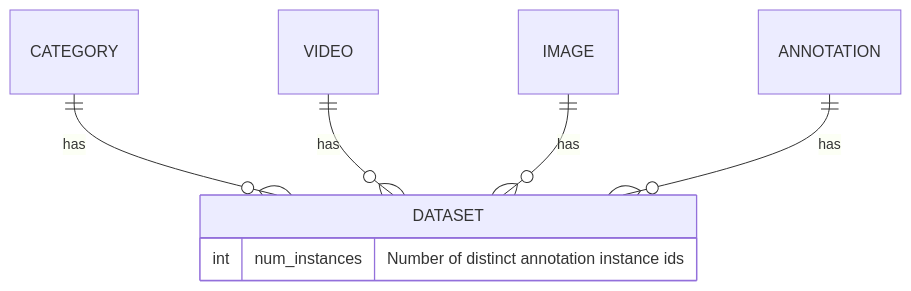
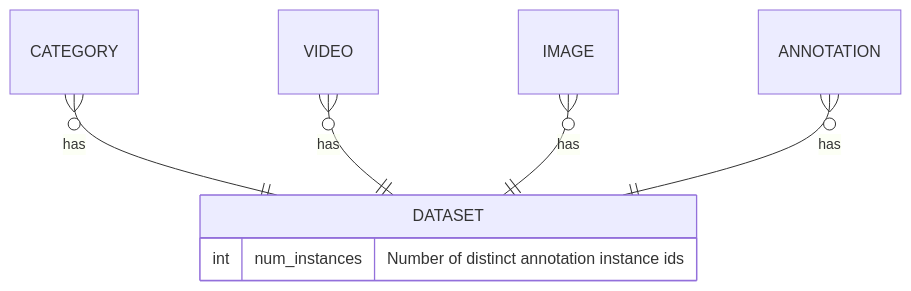
The first of 5 diagrams in docs/Datasets/1-MMDetection Tracking.md (TNodeCode/SpineUI), drawn with Mermaid before and after one commit.

Commit message:
Added dataset annotation description to documentation

````diff
--- a/docs/Datasets/1-MMDetection Tracking.md
+++ b/docs/Datasets/1-MMDetection Tracking.md
@@ -61,10 +61,10 @@
 ```mermaid
 erDiagram
     DATASET {
         int num_instances "Number of distinct annotation instance ids"
     }
-    CATEGORY ||--o{ DATASET : has
-    VIDEO ||--o{ DATASET : has
-    IMAGE ||--o{ DATASET : has
-    ANNOTATION ||--o{ DATASET : has
+    CATEGORY }o--|| DATASET : has
+    VIDEO }o--|| DATASET : has
+    IMAGE }o--|| DATASET : has
+    ANNOTATION }o--|| DATASET : has
 ```
````
